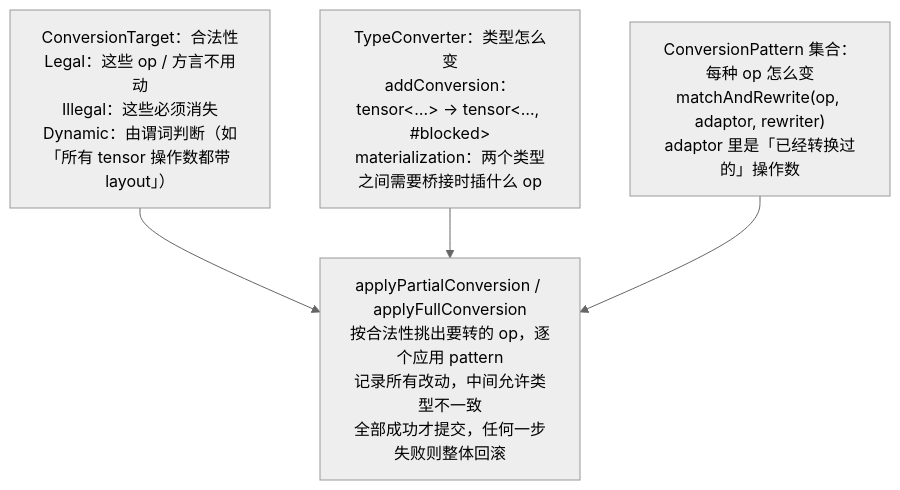
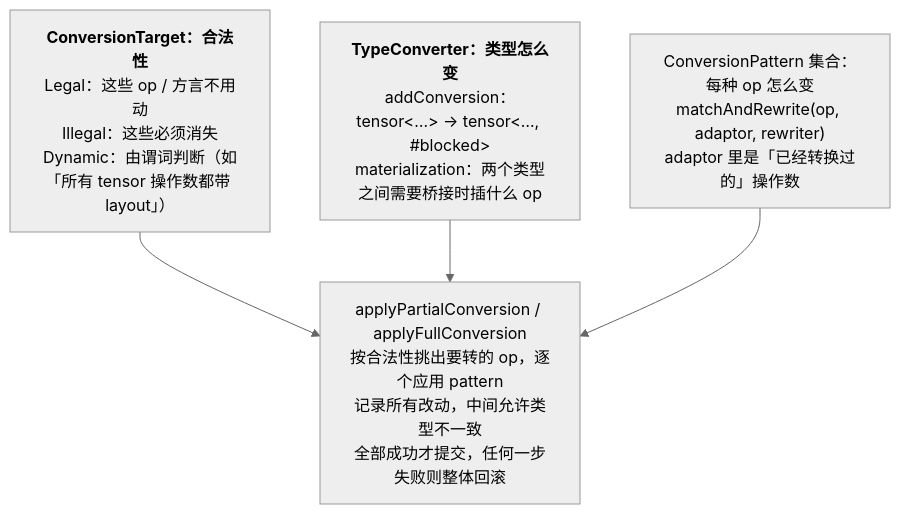
Before and after one commit to arganzheng/arganzheng.github.com: the second of 3 diagrams in _posts/2026-11-25-mlir-passes-pattern-rewriting-and-dialect-conversion.md, drawn with Mermaid (neutral theme). The commit also changed other lines of this file and 8 other files, not shown here.

First line of the commit message:
ML 编译器内部：从 SSA、MLIR 到 Triton 编译器：Mermaid 多行方框的首行标为标题（9 篇）

````diff
--- a/_posts/2026-11-25-mlir-passes-pattern-rewriting-and-dialect-conversion.md
+++ b/_posts/2026-11-25-mlir-passes-pattern-rewriting-and-dialect-conversion.md
@@ -280,11 +280,11 @@
 ```mermaid
 %% 图：Dialect Conversion 的四个组件：ConversionTarget 定合法性，TypeConverter 定类型怎么变，ConversionPattern 定 op 怎么变，driver 全部成功才提交
 flowchart TB
-    target["ConversionTarget：合法性<br/>Legal：这些 op / 方言不用动<br/>Illegal：这些必须消失<br/>Dynamic：由谓词判断（如「所有 tensor 操作数都带 layout」）"]
-    tc["TypeConverter：类型怎么变<br/>addConversion：tensor&lt;…&gt; → tensor&lt;…, #blocked&gt;<br/>materialization：两个类型之间需要桥接时插什么 op"]
+    target["<b>ConversionTarget：合法性</b><br/>Legal：这些 op / 方言不用动<br/>Illegal：这些必须消失<br/>Dynamic：由谓词判断（如「所有 tensor 操作数都带 layout」）"]
+    tc["<b>TypeConverter：类型怎么变</b><br/>addConversion：tensor&lt;…&gt; → tensor&lt;…, #blocked&gt;<br/>materialization：两个类型之间需要桥接时插什么 op"]
     pats["ConversionPattern 集合：每种 op 怎么变<br/>matchAndRewrite(op, adaptor, rewriter)<br/>adaptor 里是「已经转换过的」操作数"]
     driver["applyPartialConversion / applyFullConversion<br/>按合法性挑出要转的 op，逐个应用 pattern<br/>记录所有改动，中间允许类型不一致<br/>全部成功才提交，任何一步失败则整体回滚"]
     target --> driver
     tc --> driver
     pats --> driver
 ```
````
